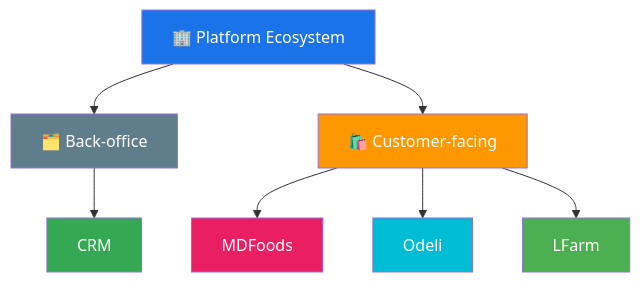
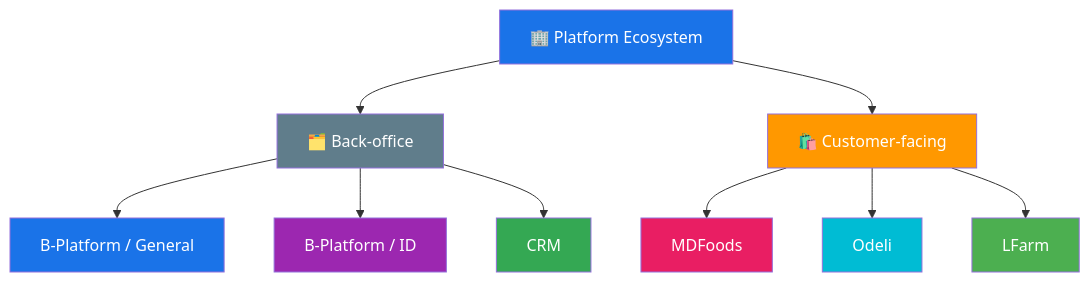
Before and after one commit to b-platform-vn/docs--business-requirements: the diagram in products/README.md, drawn with Mermaid. The commit also changed other lines of this file and 12 other files, not shown here.

````diff
--- a/products/README.md
+++ b/products/README.md
@@ -14,20 +14,24 @@
 ```mermaid
 graph TD
     Ecosystem[🏢 Platform Ecosystem]
     Ecosystem --> BO[🗂️ Back-office]
     Ecosystem --> CF[🛍️ Customer-facing]
 
+    BO --> General[B-Platform / General]
+    BO --> ID[B-Platform / ID]
     BO --> CRM[CRM]
 
     CF --> MDFoods[MDFoods]
     CF --> Odeli[Odeli]
     CF --> LFarm[LFarm]
 
     style Ecosystem fill:#1a73e8,color:#fff
     style BO fill:#607D8B,color:#fff
     style CF fill:#FF9800,color:#fff
+    style General fill:#1a73e8,color:#fff
+    style ID fill:#9C27B0,color:#fff
     style CRM fill:#34a853,color:#fff
     style MDFoods fill:#E91E63,color:#fff
     style Odeli fill:#00BCD4,color:#fff
     style LFarm fill:#4CAF50,color:#fff
 ```
````
